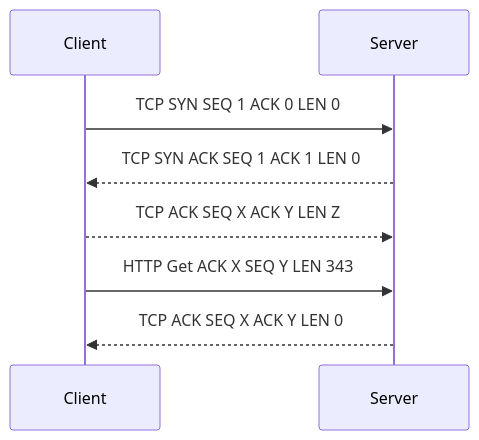
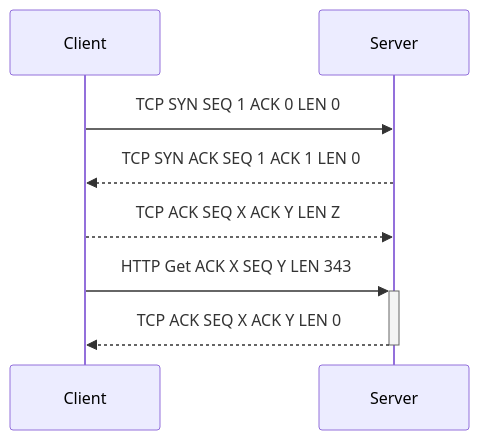
One commit to illinoistech-itm/jhajek changed the diagram in itmo-340-540/week-07/sample-diagram.md. Above: the diagram before and after it, drawn with Mermaid.

Commit message:
witgh activate

````diff
--- a/itmo-340-540/week-07/sample-diagram.md
+++ b/itmo-340-540/week-07/sample-diagram.md
@@ -5,10 +5,10 @@
 ```mermaid
 sequenceDiagram
     participant Client
     participant Server
     Client->>Server: TCP SYN SEQ 1 ACK 0 LEN 0
     Server-->>Client: TCP SYN ACK SEQ 1 ACK 1 LEN 0
     Client-->>Server: TCP ACK SEQ X ACK Y LEN Z
-    Client->>Server: HTTP Get ACK X SEQ Y LEN 343
-    Server-->>Client: TCP ACK SEQ X ACK Y LEN 0
+    Client->>+Server: HTTP Get ACK X SEQ Y LEN 343
+    Server-->>-Client: TCP ACK SEQ X ACK Y LEN 0
 ```
````
